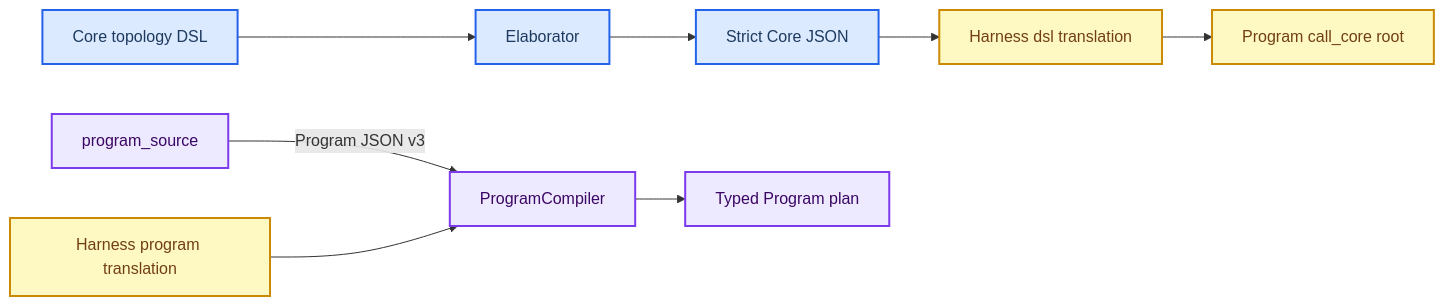
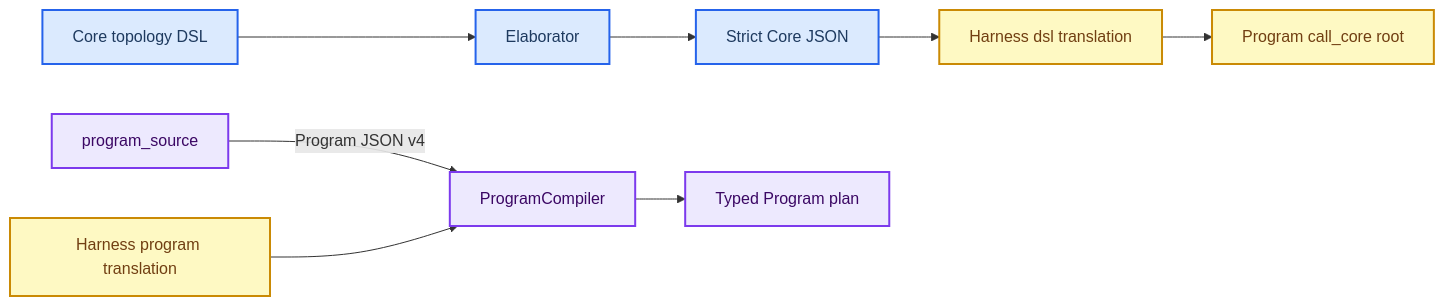
One commit to fox1245/NeoGraph changed the diagram in docs/DSL_COMPOSITION_LIMITS.md. Above: the diagram before and after it, drawn with Mermaid. The commit also changed other lines of this file and 5 other files, not shown here.

Commit message:
feat(program): add bounded task graph expansion

````diff
--- a/docs/DSL_COMPOSITION_LIMITS.md
+++ b/docs/DSL_COMPOSITION_LIMITS.md
@@ -22,21 +22,21 @@
 ```mermaid
 flowchart LR
     accTitle: DSL and Program boundary
     accDescr: The bounded Core DSL elaborates into strict topology JSON. Harness DSL wraps that topology in one call_core root, while Harness Program mode and direct Program JSON compile a separately admitted typed operation tree.
 
     core_dsl[Core topology DSL] --> elaborator[Elaborator]
     elaborator --> strict_core[Strict Core JSON]
     strict_core --> harness_dsl[Harness dsl translation]
     harness_dsl --> call_core_root[Program call_core root]
-    program_source[program_source] -->|Program JSON v3| program_compiler[ProgramCompiler]
+    program_source[program_source] -->|Program JSON v4| program_compiler[ProgramCompiler]
     harness_program[Harness program translation] --> program_compiler
     program_compiler --> program_plan[Typed Program plan]
 
     classDef core_surface fill:#dbeafe,stroke:#2563eb,stroke-width:2px,color:#1e3a5f
     classDef program_surface fill:#ede9fe,stroke:#7c3aed,stroke-width:2px,color:#3b0764
     classDef bridge_surface fill:#fef9c3,stroke:#ca8a04,stroke-width:2px,color:#713f12
 
     class core_dsl,elaborator,strict_core core_surface
     class program_source,program_compiler,program_plan program_surface
     class harness_dsl,call_core_root,harness_program bridge_surface
 ```
````
